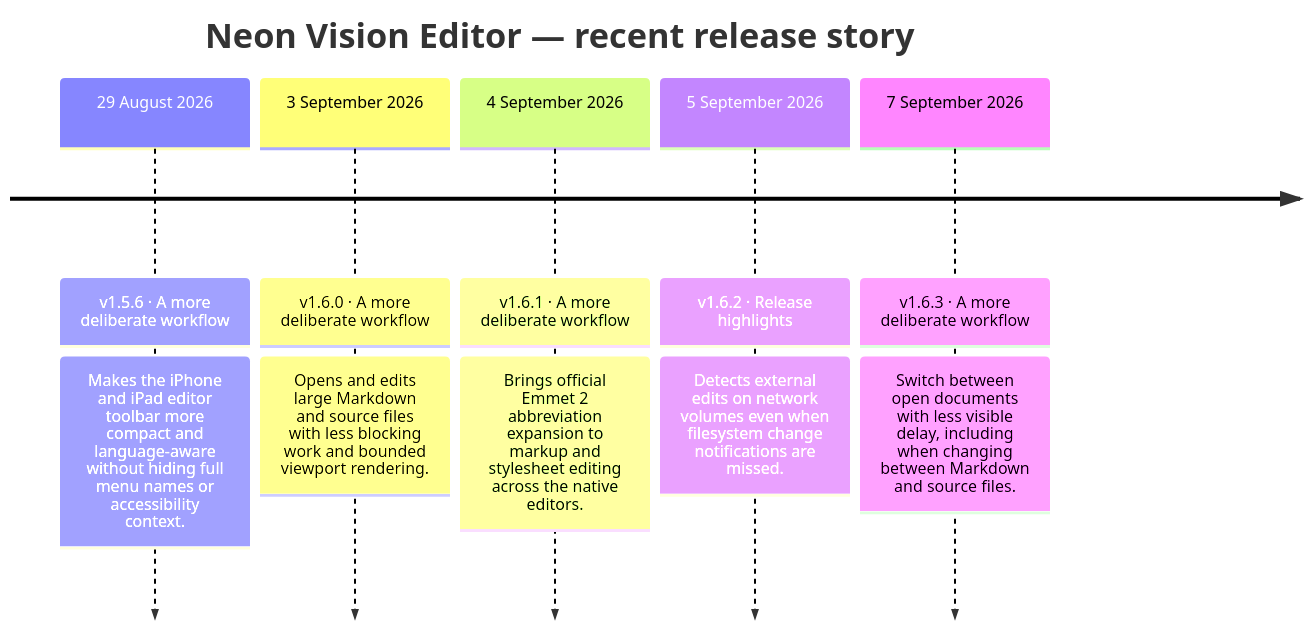
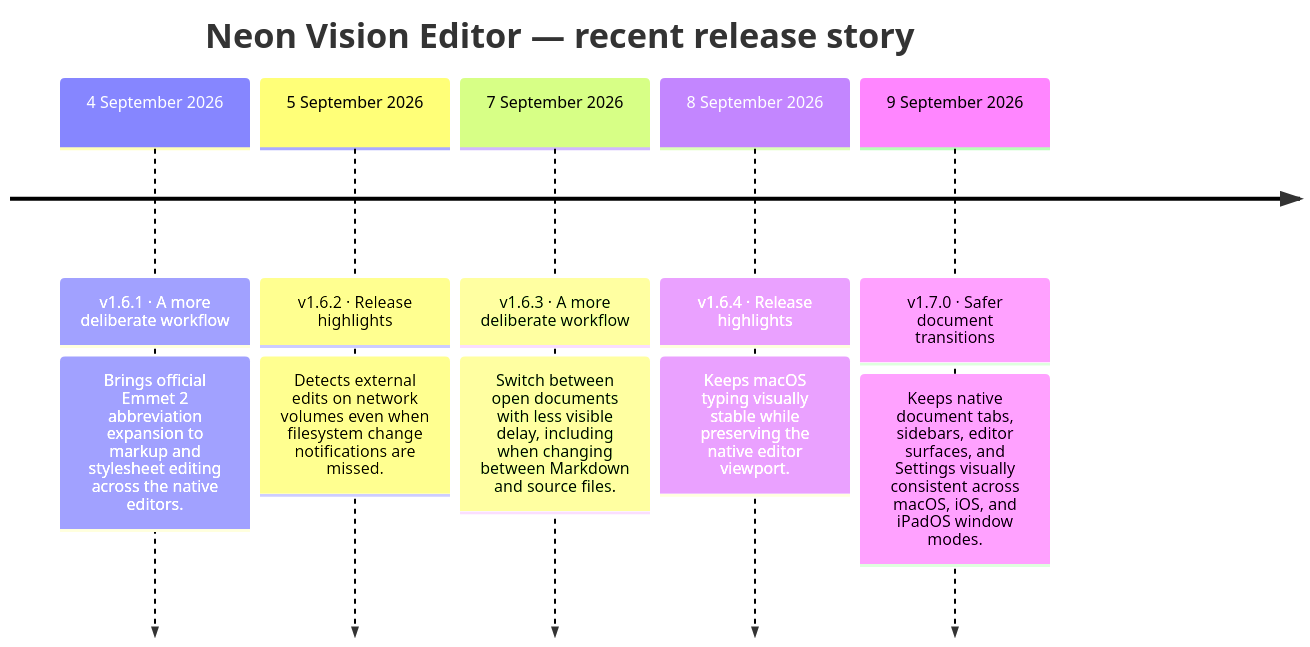
The diagram in README.md (h3pdesign/Neon-Vision-Editor), drawn with Mermaid before and after one commit. The commit also changed other lines of this file and 9 other files, not shown here.

````diff
--- a/README.md
+++ b/README.md
@@ -753,14 +739,14 @@
 ```mermaid
 timeline
     title Neon Vision Editor — recent release story
-    29 August 2026 : v1.5.6 · A more deliberate workflow
-                : Makes the iPhone and iPad editor toolbar more compact and language-aware without hiding full menu names or accessibility context.
-    3 September 2026 : v1.6.0 · A more deliberate workflow
-                : Opens and edits large Markdown and source files with less blocking work and bounded viewport rendering.
     4 September 2026 : v1.6.1 · A more deliberate workflow
                 : Brings official Emmet 2 abbreviation expansion to markup and stylesheet editing across the native editors.
     5 September 2026 : v1.6.2 · Release highlights
                 : Detects external edits on network volumes even when filesystem change notifications are missed.
     7 September 2026 : v1.6.3 · A more deliberate workflow
                 : Switch between open documents with less visible delay, including when changing between Markdown and source files.
+    8 September 2026 : v1.6.4 · Release highlights
+                : Keeps macOS typing visually stable while preserving the native editor viewport.
+    9 September 2026 : v1.7.0 · Safer document transitions
+                : Keeps native document tabs, sidebars, editor surfaces, and Settings visually consistent across macOS, iOS, and iPadOS window modes.
 ```
````
